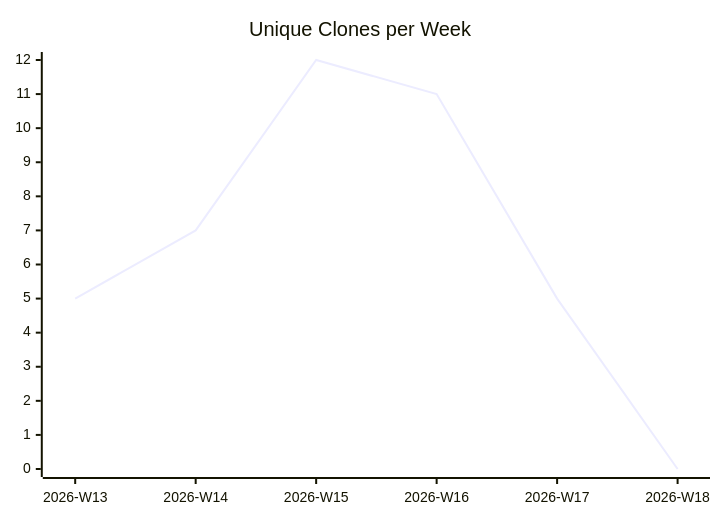
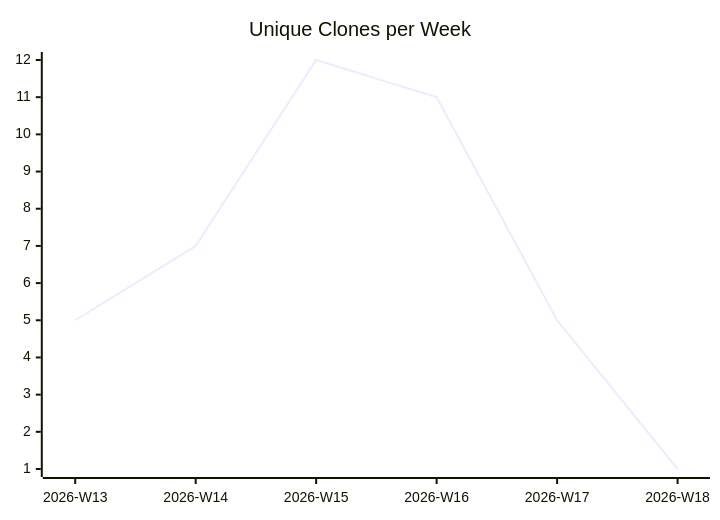
The third of 3 diagrams in karlmdavis/fhir-benchmarks/README.md (justdavis-family/github-analytics-data), drawn with Mermaid before and after one commit. The commit also changed other lines of this file and 184 other files, not shown here.

````diff
--- a/karlmdavis/fhir-benchmarks/README.md
+++ b/karlmdavis/fhir-benchmarks/README.md
@@ -19,6 +19,6 @@
 ```mermaid
 xychart-beta
   title "Unique Clones per Week"
   x-axis ["2026-W13", "2026-W14", "2026-W15", "2026-W16", "2026-W17", "2026-W18"]
-  line [5, 7, 12, 11, 5, 0]
+  line [5, 7, 12, 11, 5, 1]
 ```
````
